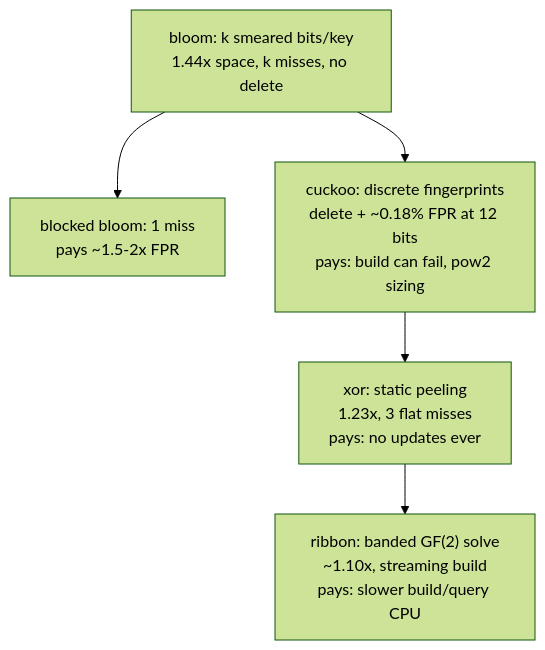
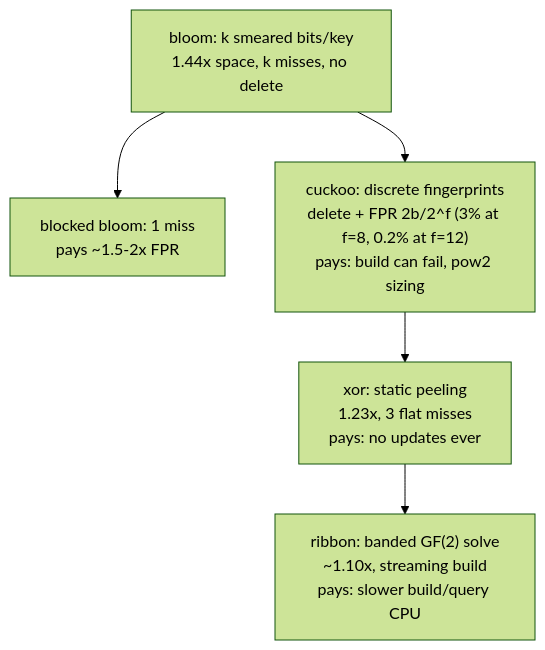
One commit to AviAvni/database-learning-path changed the diagram in topics/26-probabilistic/reading-cuckoo-xor.md. Above: the diagram before and after it, drawn with Mermaid (forest theme). The commit also changed other lines of this file and 8 other files, not shown here.

````diff
--- a/topics/26-probabilistic/reading-cuckoo-xor.md
+++ b/topics/26-probabilistic/reading-cuckoo-xor.md
@@ -131,10 +305,10 @@
 ```mermaid
 flowchart TD
     B["bloom: k smeared bits/key<br/>1.44x space, k misses, no delete"]
     BB["blocked bloom: 1 miss<br/>pays ~1.5-2x FPR"]
-    CK["cuckoo: discrete fingerprints<br/>delete + ~0.18% FPR at 12 bits<br/>pays: build can fail, pow2 sizing"]
+    CK["cuckoo: discrete fingerprints<br/>delete + FPR 2b/2^f (3% at f=8, 0.2% at f=12)<br/>pays: build can fail, pow2 sizing"]
     X["xor: static peeling<br/>1.23x, 3 flat misses<br/>pays: no updates ever"]
     RB["ribbon: banded GF(2) solve<br/>~1.10x, streaming build<br/>pays: slower build/query CPU"]
     B --> BB
     B --> CK --> X --> RB
 ```
````
